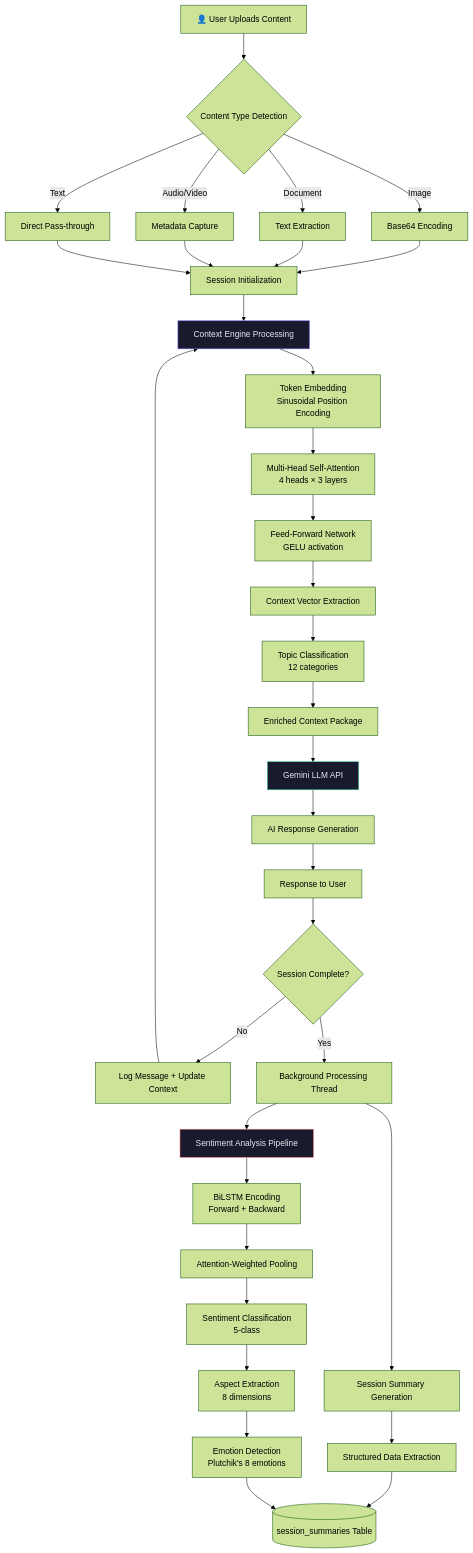
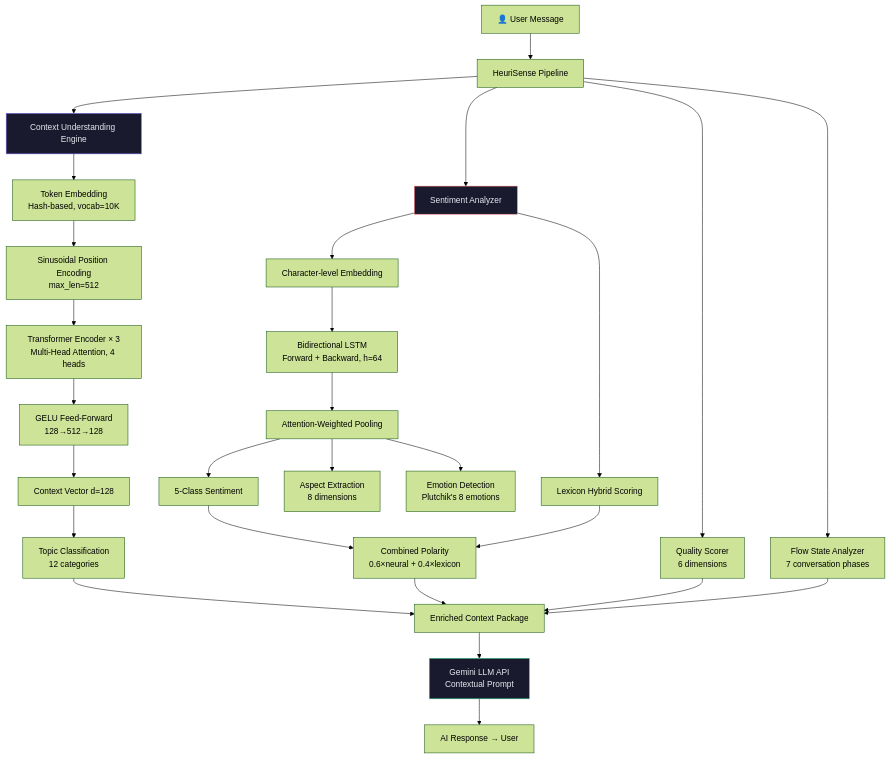
Before and after one commit to Kshitij-2608/feedbackai: the second of 3 diagrams in README.md, drawn with Mermaid (forest theme). The commit also changed other lines of this file, not shown here.

Commit message:
docs: rewrite README in project format with ML pipeline documentation

````diff
--- a/README.md
+++ b/README.md
@@ -92,44 +71,33 @@
 ```mermaid
 flowchart TD
-    A[👤 User Uploads Content] --> B{Content Type Detection}
-    B -->|Image| C1[Base64 Encoding]
-    B -->|Document| C2[Text Extraction]
-    B -->|Audio/Video| C3[Metadata Capture]
-    B -->|Text| C4[Direct Pass-through]
+    A[👤 User Message] --> B[HeuriSense Pipeline]
+    
+    B --> C[Context Understanding Engine]
+    C --> C1[Token Embedding<br/>Hash-based, vocab=10K]
+    C1 --> C2[Sinusoidal Position Encoding<br/>max_len=512]
+    C2 --> C3[Transformer Encoder × 3<br/>Multi-Head Attention, 4 heads]
+    C3 --> C4[GELU Feed-Forward<br/>128→512→128]
+    C4 --> C5[Context Vector d=128]
+    C5 --> C6[Topic Classification<br/>12 categories]
+    
+    B --> D[Sentiment Analyzer]
+    D --> D1[Character-level Embedding]
+    D1 --> D2[Bidirectional LSTM<br/>Forward + Backward, h=64]
+    D2 --> D3[Attention-Weighted Pooling]
+    D3 --> D4[5-Class Sentiment]
+    D3 --> D5[Aspect Extraction<br/>8 dimensions]
+    D3 --> D6[Emotion Detection<br/>Plutchik's 8 emotions]
+    D --> D7[Lexicon Hybrid Scoring]
+    D4 & D7 --> D8[Combined Polarity<br/>0.6×neural + 0.4×lexicon]
+    
+    B --> E[Quality Scorer<br/>6 dimensions]
+    B --> F[Flow State Analyzer<br/>7 conversation phases]
+    
+    C6 & D8 & E & F --> G[Enriched Context Package]
+    G --> H[Gemini LLM API<br/>Contextual Prompt]
+    H --> I[AI Response → User]
 
-    C1 & C2 & C3 & C4 --> D[Session Initialization]
-    D --> E[Context Engine Processing]
-
-    E --> E1[Token Embedding<br/>Sinusoidal Position Encoding]
-    E1 --> E2[Multi-Head Self-Attention<br/>4 heads × 3 layers]
-    E2 --> E3[Feed-Forward Network<br/>GELU activation]
-    E3 --> E4[Context Vector Extraction]
-    E4 --> E5[Topic Classification<br/>12 categories]
-
-    E5 --> F[Enriched Context Package]
-    F --> G[Gemini LLM API]
-    G --> H[AI Response Generation]
-    H --> I[Response to User]
-
-    I --> J{Session Complete?}
-    J -->|No| K[Log Message + Update Context]
-    K --> E
-
-    J -->|Yes| L[Background Processing Thread]
-    L --> M[Sentiment Analysis Pipeline]
-    M --> M1[BiLSTM Encoding<br/>Forward + Backward]
-    M1 --> M2[Attention-Weighted Pooling]
-    M2 --> M3[Sentiment Classification<br/>5-class]
-    M3 --> M4[Aspect Extraction<br/>8 dimensions]
-    M4 --> M5[Emotion Detection<br/>Plutchik's 8 emotions]
-
-    L --> N[Session Summary Generation]
-    N --> O[Structured Data Extraction]
-    O --> P[(session_summaries Table)]
-
-    M5 --> P
-
-    style E fill:#1a1a2e,stroke:#7c6af7,color:#e8e8f0
-    style M fill:#1a1a2e,stroke:#f87171,color:#e8e8f0
-    style G fill:#1a1a2e,stroke:#34d399,color:#e8e8f0
+    style C fill:#1a1a2e,stroke:#7c6af7,color:#e8e8f0
+    style D fill:#1a1a2e,stroke:#f87171,color:#e8e8f0
+    style H fill:#1a1a2e,stroke:#34d399,color:#e8e8f0
 ```
````
